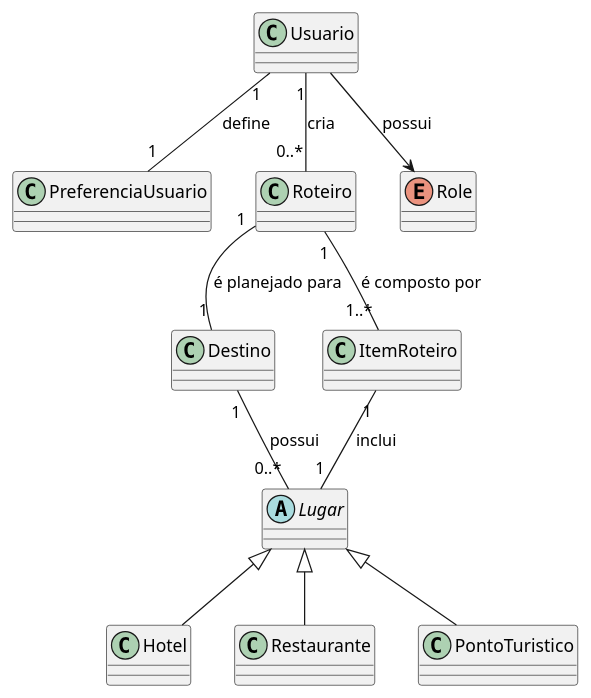
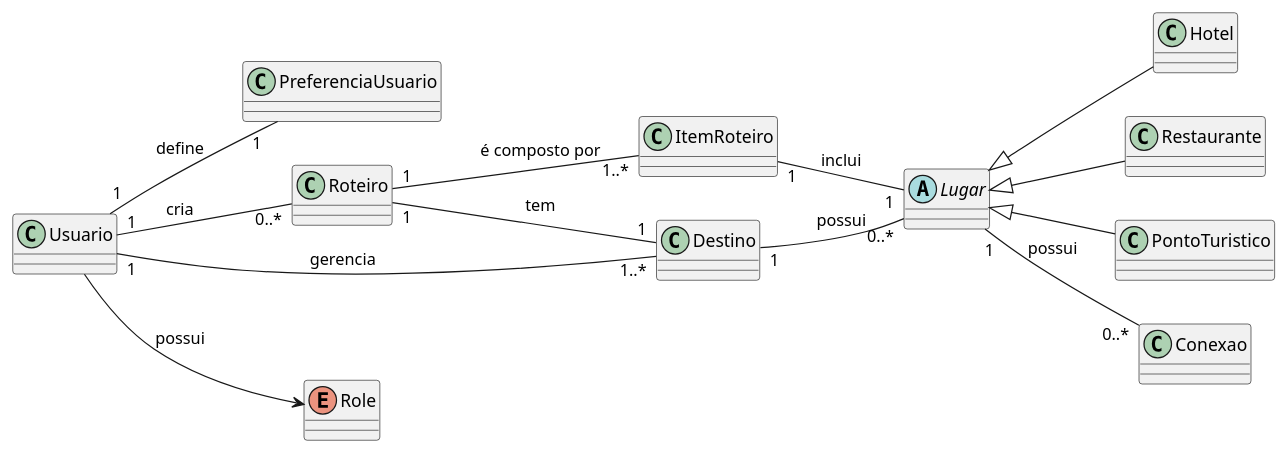
One commit to Engomadinhos-de-Salmourao/Grafos changed the diagram in Projeto/Documentação/03 - Domínio/Diagrama_Classes_Dominio.md. Above: the diagram before and after it, drawn with PlantUML.

```diff
--- a/Projeto/Documentação/03 - Domínio/Diagrama_Classes_Dominio.md
+++ b/Projeto/Documentação/03 - Domínio/Diagrama_Classes_Dominio.md
@@ -1,32 +1,35 @@
 @startuml
-top to bottom direction
+left to right direction
 skinparam classAttributeIconSize 0
 
 class Usuario
 class PreferenciaUsuario
 class Roteiro
 class Destino
 abstract class Lugar
 class Hotel
 class Restaurante
 class PontoTuristico
 class ItemRoteiro
+class Conexao
 
 enum Role
 
 Usuario "1" -- "1" PreferenciaUsuario : define
 Usuario "1" -- "0..*" Roteiro : cria
 Usuario --> Role : possui
 
-Roteiro "1" -- "1" Destino : é planejado para
+Roteiro "1" -- "1" Destino : tem
 Roteiro "1" -- "1..*" ItemRoteiro : é composto por
+Usuario "1" -- "1..*" Destino: gerencia
 
 Destino "1" -- "0..*" Lugar : possui
+Lugar "1" -- "0..*" Conexao: possui
 
 ItemRoteiro "1" -- "1" Lugar : inclui
 
 Lugar <|-- Hotel
 Lugar <|-- Restaurante
 Lugar <|-- PontoTuristico
 
 @enduml
```
